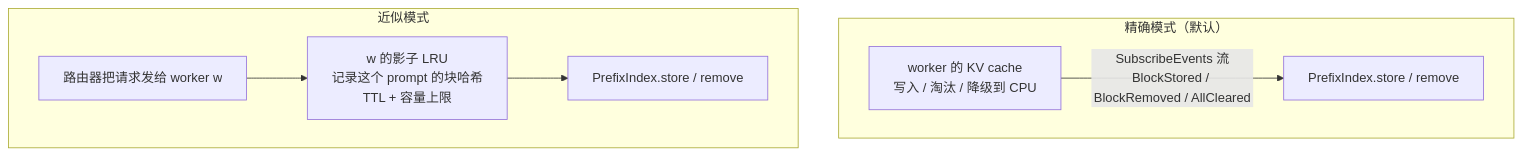
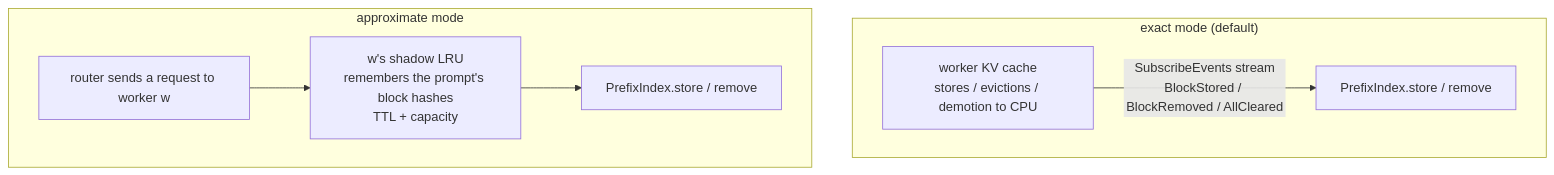
One commit to FufanLu/Inference-Framework-Agent-Based-on-DeepInfer changed the second of 2 diagrams in docs/illustrated/03-prefix-index.md. Above: the diagram before and after it, drawn with Mermaid. The commit also changed other lines of this file and 11 other files, not shown here.

````diff
--- a/docs/illustrated/03-prefix-index.md
+++ b/docs/illustrated/03-prefix-index.md
@@ -94,9 +94,9 @@
 ```mermaid
 flowchart TB
-    subgraph exact["精确模式（默认）"]
-        W1["worker 的 KV cache<br/>写入 / 淘汰 / 降级到 CPU"] -- "SubscribeEvents 流<br/>BlockStored / BlockRemoved / AllCleared" --> I1["PrefixIndex.store / remove"]
+    subgraph exact["exact mode (default)"]
+        W1["worker KV cache<br/>stores / evictions / demotion to CPU"] -- "SubscribeEvents stream<br/>BlockStored / BlockRemoved / AllCleared" --> I1["PrefixIndex.store / remove"]
     end
-    subgraph approx["近似模式"]
-        R["路由器把请求发给 worker w"] --> SH["w 的影子 LRU<br/>记录这个 prompt 的块哈希<br/>TTL + 容量上限"] --> I2["PrefixIndex.store / remove"]
+    subgraph approx["approximate mode"]
+        R["router sends a request to worker w"] --> SH["w's shadow LRU<br/>remembers the prompt's block hashes<br/>TTL + capacity"] --> I2["PrefixIndex.store / remove"]
     end
 ```
````
